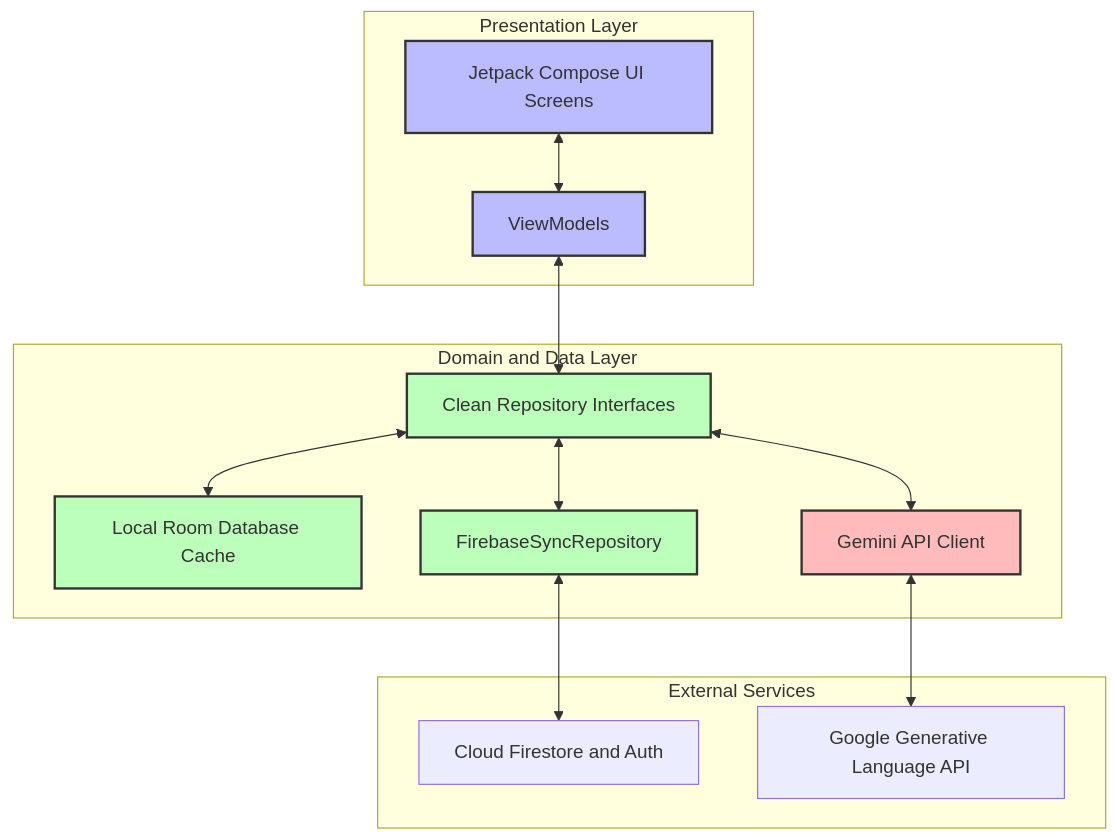
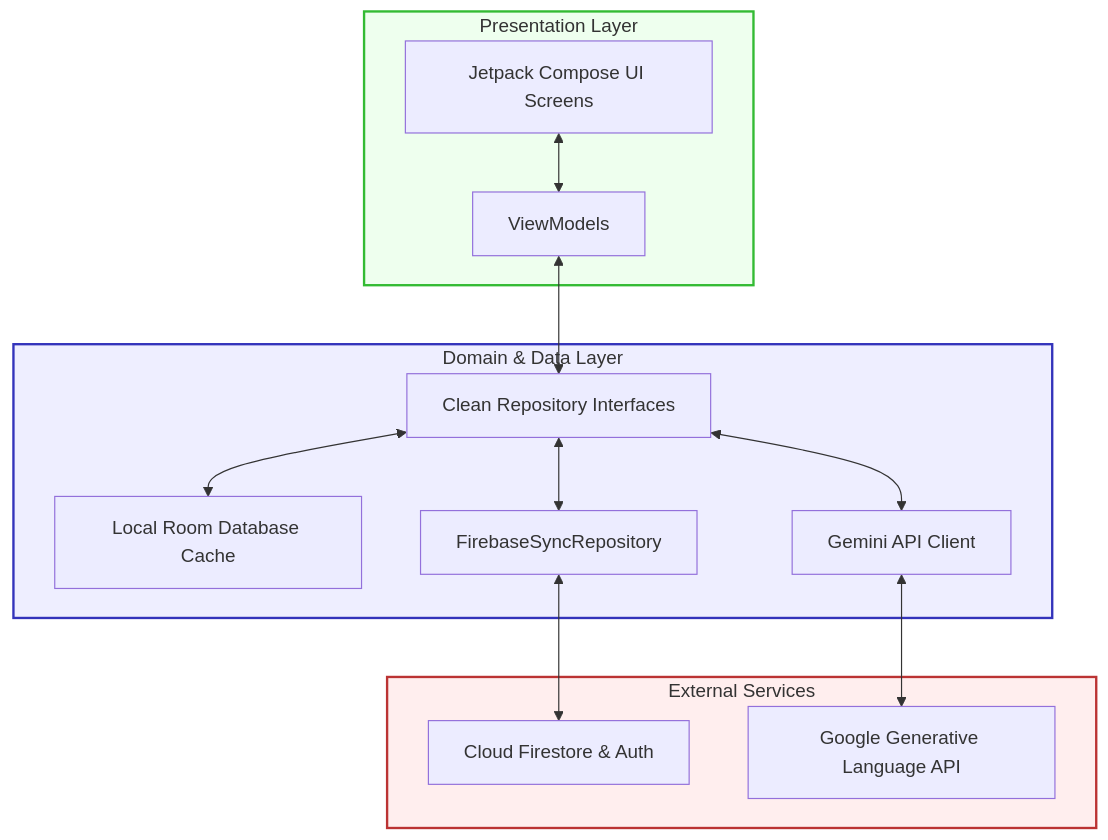
The first of 2 diagrams in app/README.md (anuragsutar887-hash/ai-notes-generator), drawn with Mermaid before and after one commit. The commit also changed 1 other file, not shown here.

Commit message:
docs: fix mermaid subgraph syntax for github compatibility

````diff
--- a/app/README.md
+++ b/app/README.md
@@ -70,26 +70,22 @@
 ```mermaid
 flowchart TD
-
-    subgraph "Presentation Layer"
+    subgraph PresLayer["Presentation Layer"]
         UI[Jetpack Compose UI Screens] <--> VM[ViewModels]
     end
-
-    subgraph "Domain and Data Layer"
+    
+    subgraph DomainDataLayer["Domain & Data Layer"]
         VM <--> Repo[Clean Repository Interfaces]
         Repo <--> Room[Local Room Database Cache]
         Repo <--> Sync[FirebaseSyncRepository]
         Repo <--> Gemini[Gemini API Client]
     end
 
-    subgraph "External Services"
-        Sync <--> Fire[Cloud Firestore and Auth]
+    subgraph ExtServices["External Services"]
+        Sync <--> Fire[Cloud Firestore & Auth]
         Gemini <--> GoogleAPI[Google Generative Language API]
     end
-
-    style UI fill:#bbf,stroke:#333,stroke-width:2px
-    style VM fill:#bbf,stroke:#333,stroke-width:2px
-    style Repo fill:#bfb,stroke:#333,stroke-width:2px
-    style Room fill:#bfb,stroke:#333,stroke-width:2px
-    style Sync fill:#bfb,stroke:#333,stroke-width:2px
-    style Gemini fill:#fbb,stroke:#333,stroke-width:2px
+    
+    style PresLayer fill:#efe,stroke:#3b3,stroke-width:2px
+    style DomainDataLayer fill:#eef,stroke:#33b,stroke-width:2px
+    style ExtServices fill:#fee,stroke:#b33,stroke-width:2px
 ```
````
